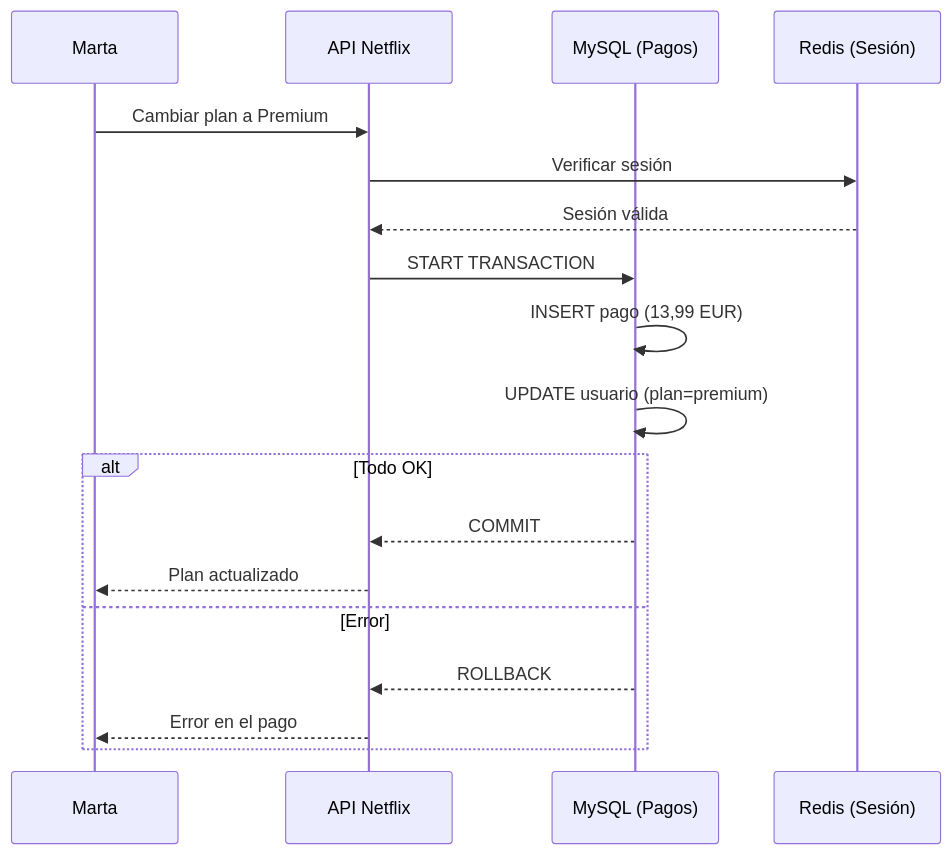
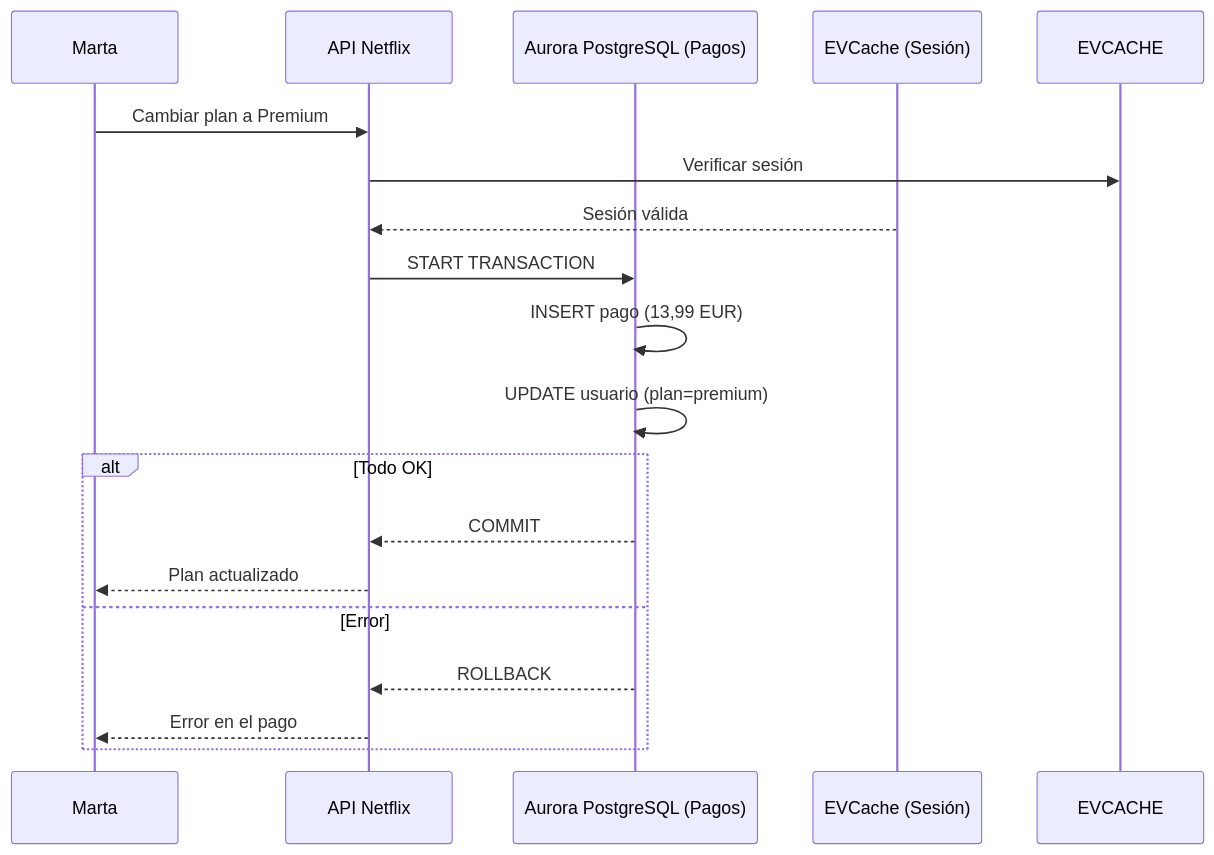
One commit to joseluisgs/joseluisgs changed the fifth of 10 diagrams in web/src/posts/2026/2026-08-24-netflix-arquitectura-datos.md. Above: the diagram before and after it, drawn with Mermaid. The commit also changed other lines of this file, not shown here.

Commit message:
feat: actualizar artículo sobre la arquitectura de datos de Netflix, reemplazando Redis por EVCache y añadiendo nuevas tecnologías de base de datos

````diff
--- a/web/src/posts/2026/2026-08-24-netflix-arquitectura-datos.md
+++ b/web/src/posts/2026/2026-08-24-netflix-arquitectura-datos.md
@@ -245,20 +247,20 @@
 ```mermaid
 sequenceDiagram
     participant M as Marta
     participant API as API Netflix
-    participant MySQL as MySQL (Pagos)
-    participant Redis as Redis (Sesión)
+    participant Aurora as Aurora PostgreSQL (Pagos)
+    participant EVCache as EVCache (Sesión)
     M->>API: Cambiar plan a Premium
-    API->>Redis: Verificar sesión
-    Redis-->>API: Sesión válida
-    API->>MySQL: START TRANSACTION
-    MySQL->>MySQL: INSERT pago (13,99 EUR)
-    MySQL->>MySQL: UPDATE usuario (plan=premium)
+    API->>EVCACHE: Verificar sesión
+    EVCache-->>API: Sesión válida
+    API->>Aurora: START TRANSACTION
+    Aurora->>Aurora: INSERT pago (13,99 EUR)
+    Aurora->>Aurora: UPDATE usuario (plan=premium)
     alt Todo OK
-        MySQL-->>API: COMMIT
+        Aurora-->>API: COMMIT
         API-->>M: Plan actualizado
     else Error
-        MySQL-->>API: ROLLBACK
+        Aurora-->>API: ROLLBACK
         API-->>M: Error en el pago
     end
 ```
````
